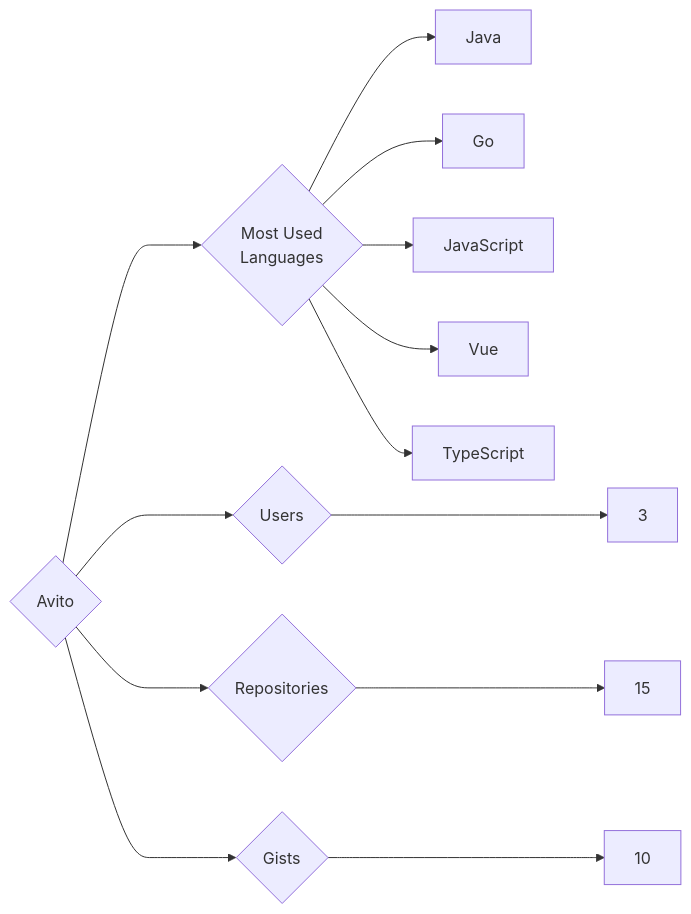
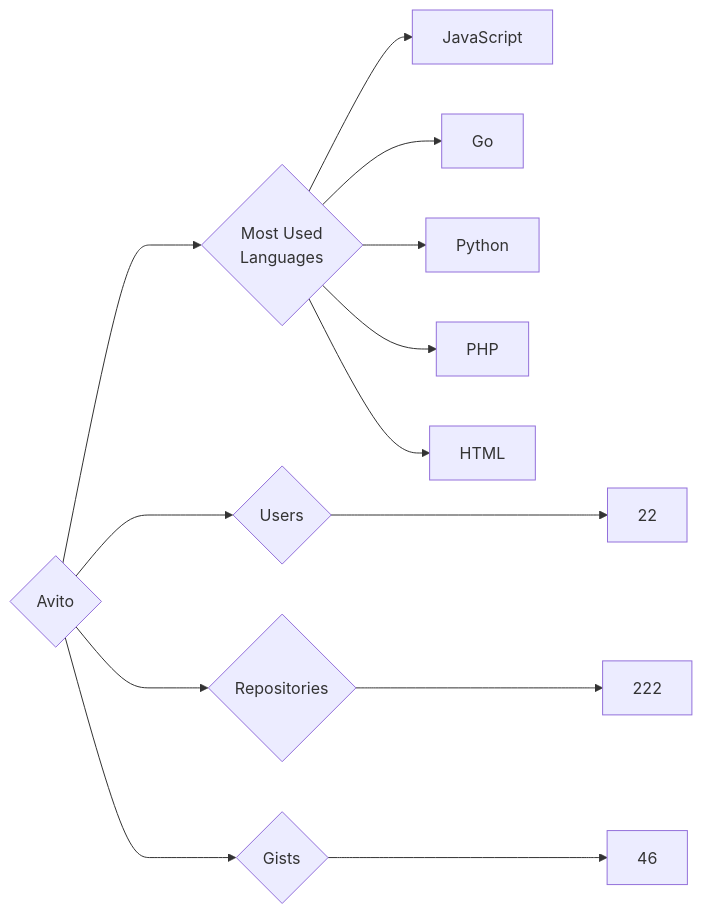
Before and after one commit to trickest/insiders: the diagram in targets/Avito/README.md, drawn with Mermaid. The commit also changed 838 other files, not shown here.

````diff
--- a/targets/Avito/README.md
+++ b/targets/Avito/README.md
@@ -3,13 +3,13 @@
 ```mermaid
 graph LR
 COMPANY_NAME{Avito}
-COMPANY_NAME ---> U{Users} ---> UN[3]
-COMPANY_NAME ---> R{Repositories} ---> RN[15]
-COMPANY_NAME ---> G{Gists} ---> GN[10]
+COMPANY_NAME ---> U{Users} ---> UN[22]
+COMPANY_NAME ---> R{Repositories} ---> RN[222]
+COMPANY_NAME ---> G{Gists} ---> GN[46]
 COMPANY_NAME ---> ML{Most Used<br>Languages}
-ML --> Java[Java]
+ML --> JavaScript[JavaScript]
 ML --> Go[Go]
-ML --> JavaScript[JavaScript]
-ML --> Vue[Vue]
-ML --> TypeScript[TypeScript]
+ML --> Python[Python]
+ML --> PHP[PHP]
+ML --> HTML[HTML]
 ```
````
